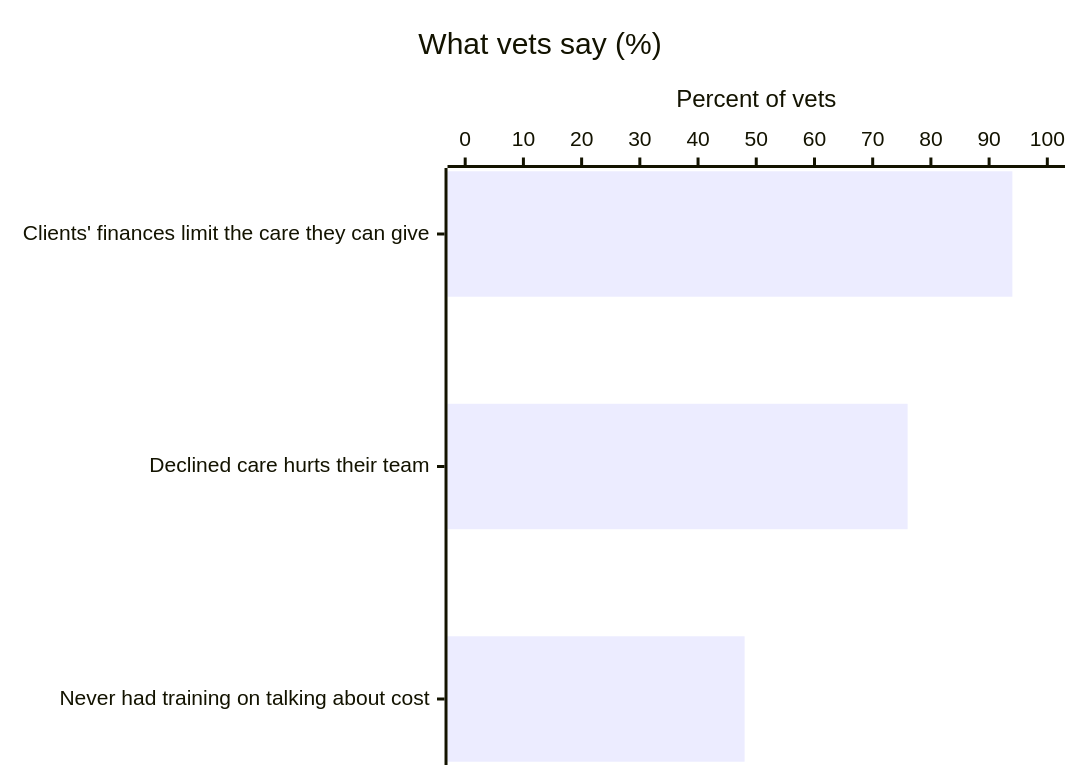
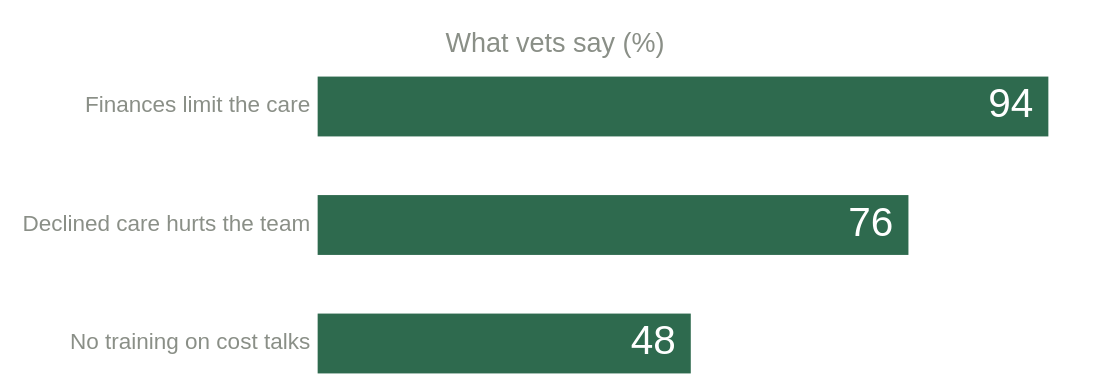
One commit to twoSquaredHoon/BadgerBuildFest2026 changed the third of 6 diagrams in README.md. Above: the diagram before and after it, drawn with Mermaid. The commit also changed other lines of this file, not shown here.

Commit message:
README: cleaner charts with transparent background, value labels, no axis clutter

````diff
--- a/README.md
+++ b/README.md
@@ -54,7 +56,8 @@
 ```mermaid
+%%{init: {"theme": "base", "themeVariables": {"xyChart": {"backgroundColor": "transparent", "plotColorPalette": "#2E6A4E", "titleColor": "#8A8F87", "xAxisLabelColor": "#8A8F87", "yAxisLabelColor": "#8A8F87", "dataLabelColor": "#FFFFFF"}}, "xyChart": {"width": 720, "height": 240, "showDataLabel": true, "titleFontSize": 18, "xAxis": {"showTick": false, "showAxisLine": false, "labelFontSize": 15}, "yAxis": {"showLabel": false, "showTick": false, "showAxisLine": false, "showTitle": false}}}}%%
 xychart-beta horizontal
     title "What vets say (%)"
-    x-axis ["Clients' finances limit the care they can give", "Declined care hurts their team", "Never had training on talking about cost"]
-    y-axis "Percent of vets" 0 --> 100
+    x-axis ["Finances limit the care", "Declined care hurts the team", "No training on cost talks"]
+    y-axis 0 --> 100
     bar [94, 76, 48]
 ```
````
